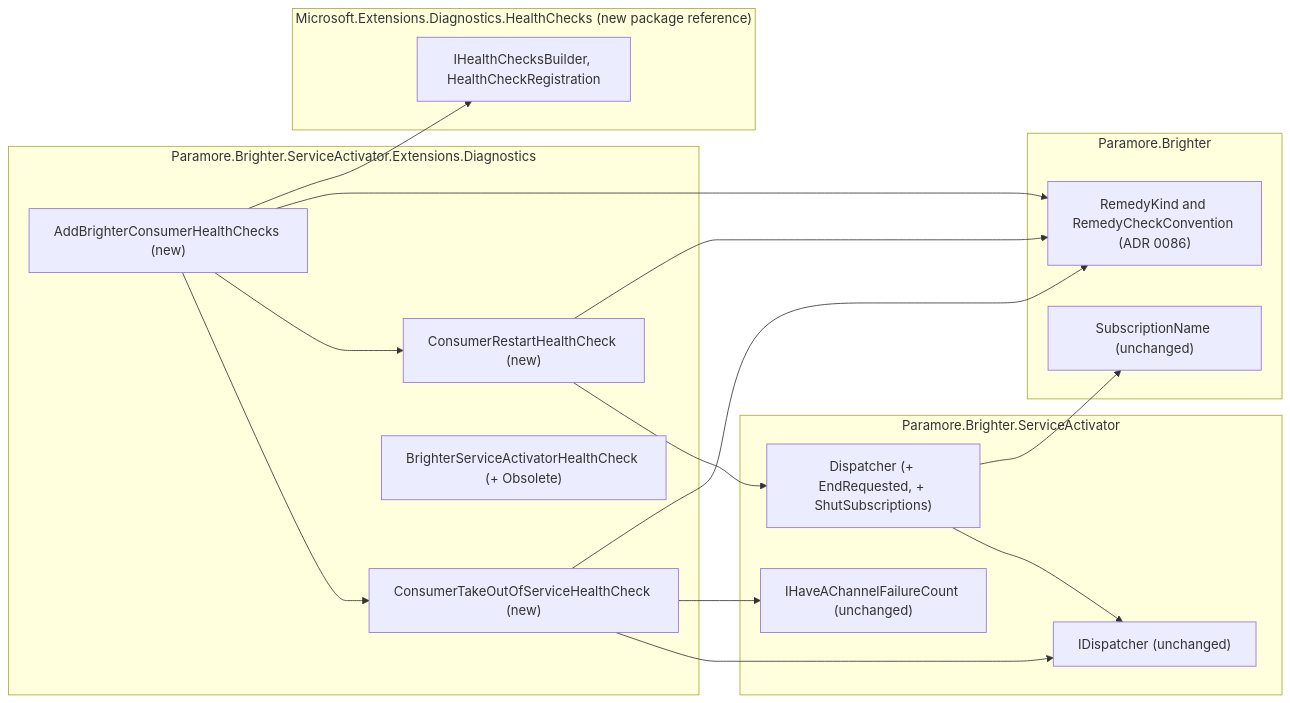
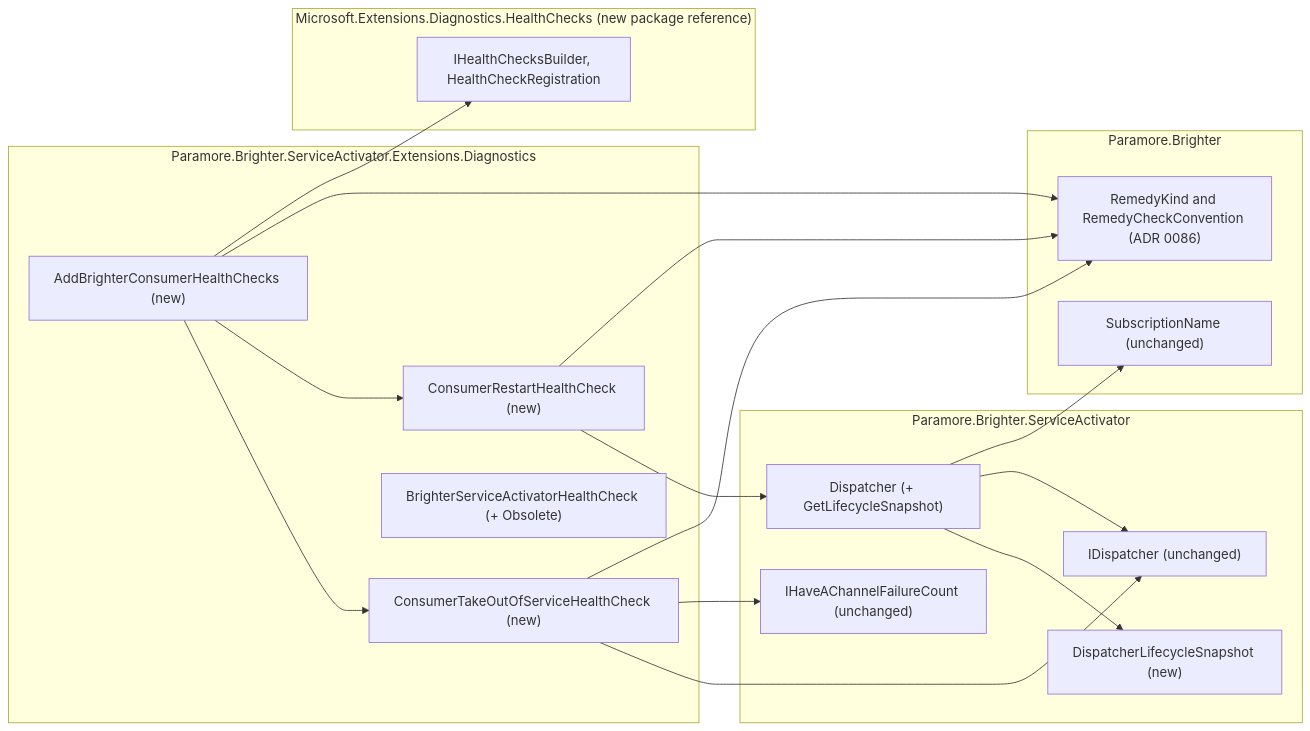
The second of 2 diagrams in docs/adr/0087-consumer-remedy-health-checks.md (BrighterCommand/Brighter), drawn with Mermaid before and after one commit. The commit also changed other lines of this file and 4 other files, not shown here.

````diff
--- a/docs/adr/0087-consumer-remedy-health-checks.md
+++ b/docs/adr/0087-consumer-remedy-health-checks.md
@@ -171,32 +173,34 @@
 ```mermaid
 flowchart LR
     subgraph Core["Paramore.Brighter"]
         Conv["RemedyKind and RemedyCheckConvention (ADR 0086)"]
         SN["SubscriptionName (unchanged)"]
     end
     subgraph SA["Paramore.Brighter.ServiceActivator"]
-        D["Dispatcher (+ EndRequested, + ShutSubscriptions)"]
+        D["Dispatcher (+ GetLifecycleSnapshot)"]
+        LS["DispatcherLifecycleSnapshot (new)"]
+        D --> LS
         ID["IDispatcher (unchanged)"]
         FC["IHaveAChannelFailureCount (unchanged)"]
         D --> ID
         D --> SN
     end
     subgraph SAD["Paramore.Brighter.ServiceActivator.Extensions.Diagnostics"]
         Ext["AddBrighterConsumerHealthChecks (new)"]
         TOS["ConsumerTakeOutOfServiceHealthCheck (new)"]
         RS["ConsumerRestartHealthCheck (new)"]
         Old["BrighterServiceActivatorHealthCheck (+ Obsolete)"]
         Ext --> TOS
         Ext --> RS
         TOS --> ID
         TOS --> FC
         RS --> D
         TOS --> Conv
         RS --> Conv
         Ext --> Conv
     end
     subgraph HC["Microsoft.Extensions.Diagnostics.HealthChecks (new package reference)"]
         Builder["IHealthChecksBuilder, HealthCheckRegistration"]
     end
     Ext --> Builder
 ```
````
